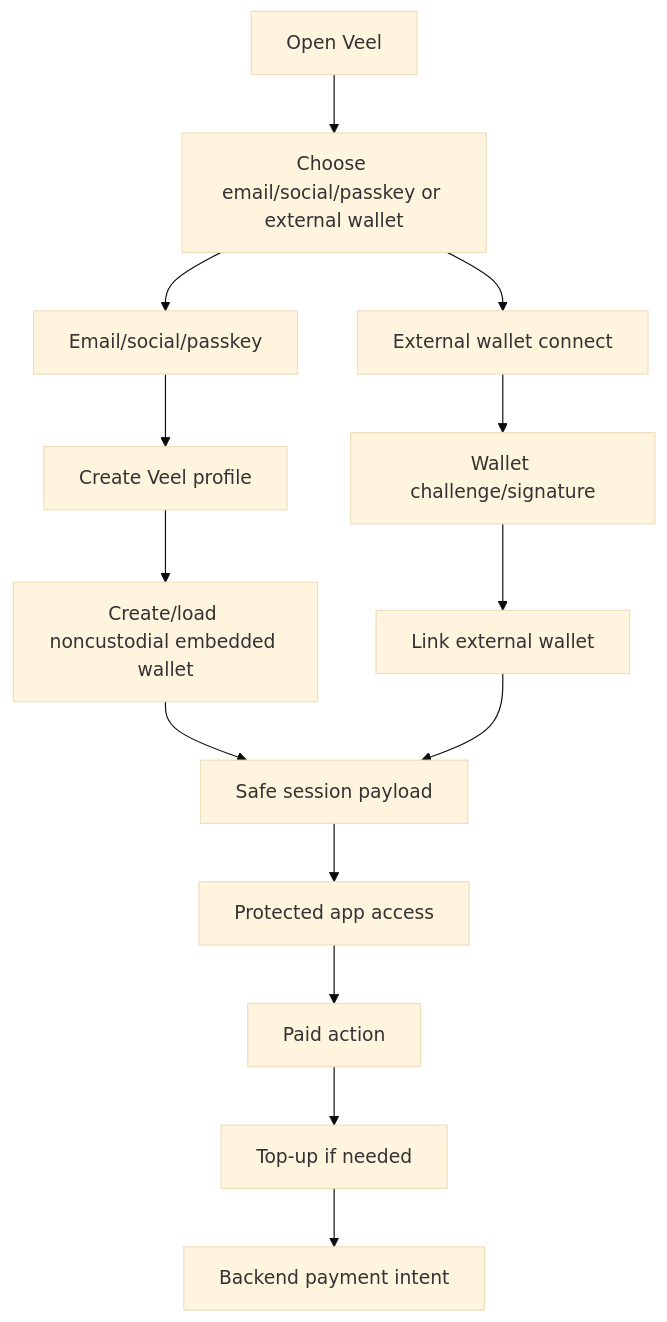
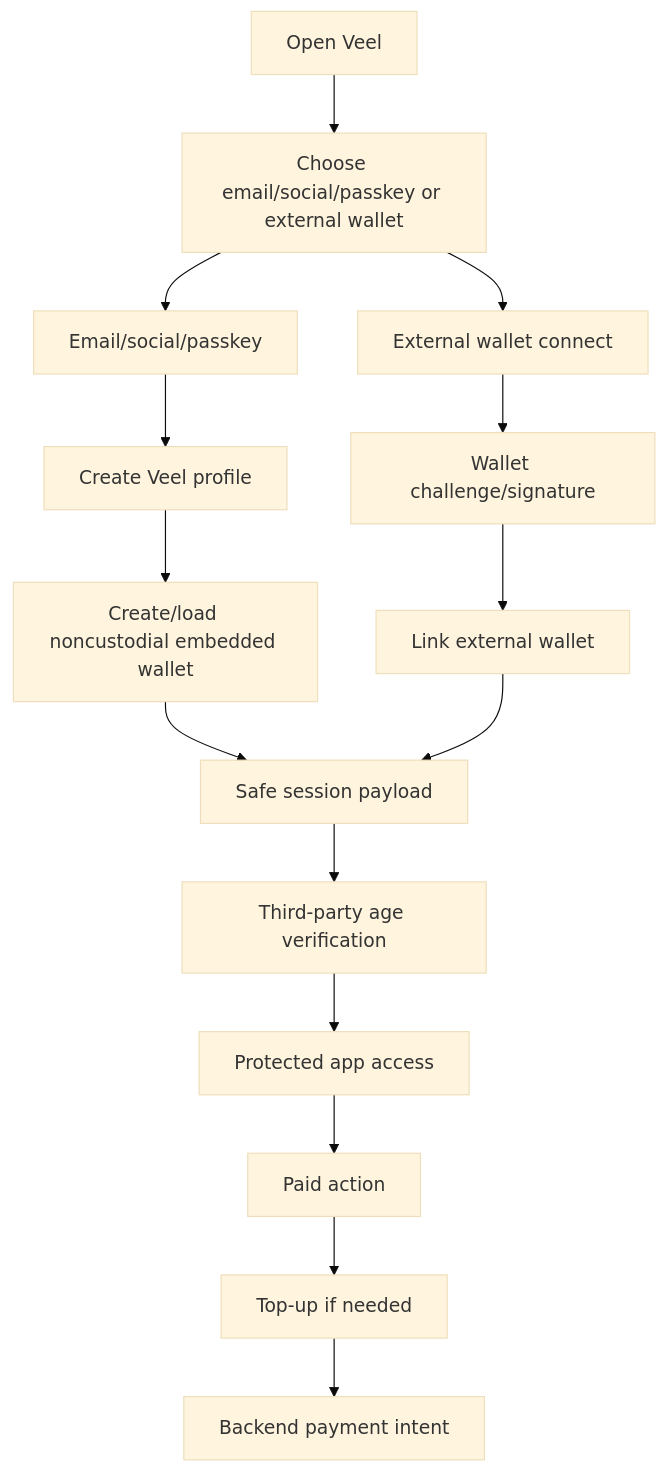
The second of 6 diagrams in docs/v2-new-build/product-flows.md (mariospeterman/VEEL-v2), drawn with Mermaid (base theme) before and after one commit. The commit also changed other lines of this file and 12 other files, not shown here.

````diff
--- a/docs/v2-new-build/product-flows.md
+++ b/docs/v2-new-build/product-flows.md
@@ -52,16 +52,17 @@
 ```mermaid
 flowchart TD
   Entry["Open Veel"] --> AuthChoice["Choose email/social/passkey or external wallet"]
   AuthChoice --> Mainstream["Email/social/passkey"]
   AuthChoice --> Native["External wallet connect"]
   Mainstream --> Profile["Create Veel profile"]
   Profile --> Embedded["Create/load noncustodial embedded wallet"]
   Native --> Challenge["Wallet challenge/signature"]
   Challenge --> Link["Link external wallet"]
   Embedded --> Session["Safe session payload"]
   Link --> Session
-  Session --> AppAccess["Protected app access"]
+  Session --> Age["Third-party age verification"]
+  Age --> AppAccess["Protected app access"]
   AppAccess --> Paywall["Paid action"]
   Paywall --> Topup["Top-up if needed"]
   Topup --> Intent["Backend payment intent"]
 ```
````
